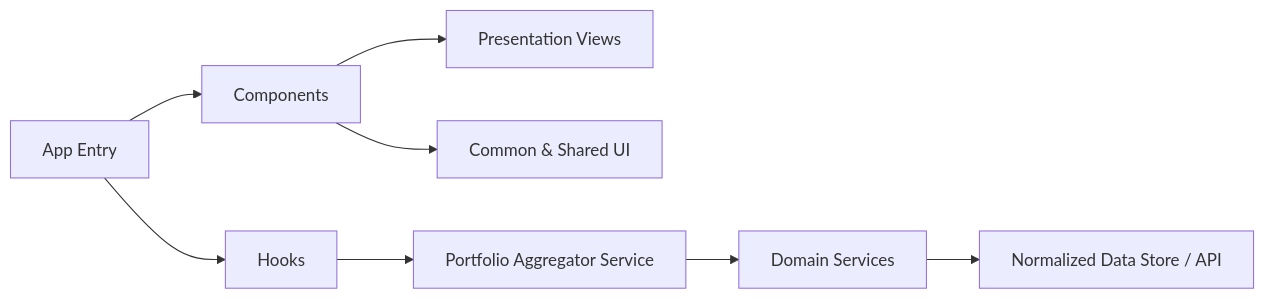
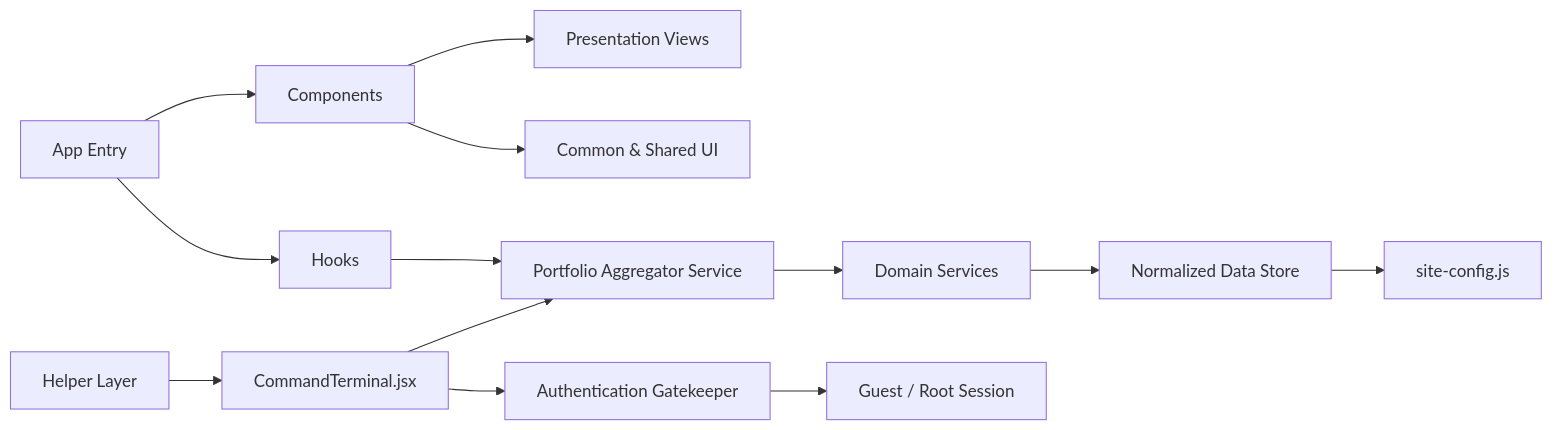
Before and after one commit to Haiderali445/portfolio-website: the fifth of 7 diagrams in README.md, drawn with Mermaid. The commit also changed other lines of this file and 13 other files, not shown here.

Commit message:
feat(readme): document secure command interface and dynamic data architecture

````diff
--- a/README.md
+++ b/README.md
@@ -179,11 +462,18 @@
 ```mermaid
 flowchart LR
     A[App Entry] --> B[Components]
     B --> C[Presentation Views]
     B --> D[Common & Shared UI]
+
     A --> E[Hooks]
     E --> F[Portfolio Aggregator Service]
+
+    H[Helper Layer] --> T[CommandTerminal.jsx]
+    T --> F
+    T --> I[Authentication Gatekeeper]
+    I --> J[Guest / Root Session]
+
     F --> G[Domain Services]
-    G --> H[Normalized Data Store / API]
-
+    G --> K[Normalized Data Store]
+    K --> L[site-config.js]
 ```
````
